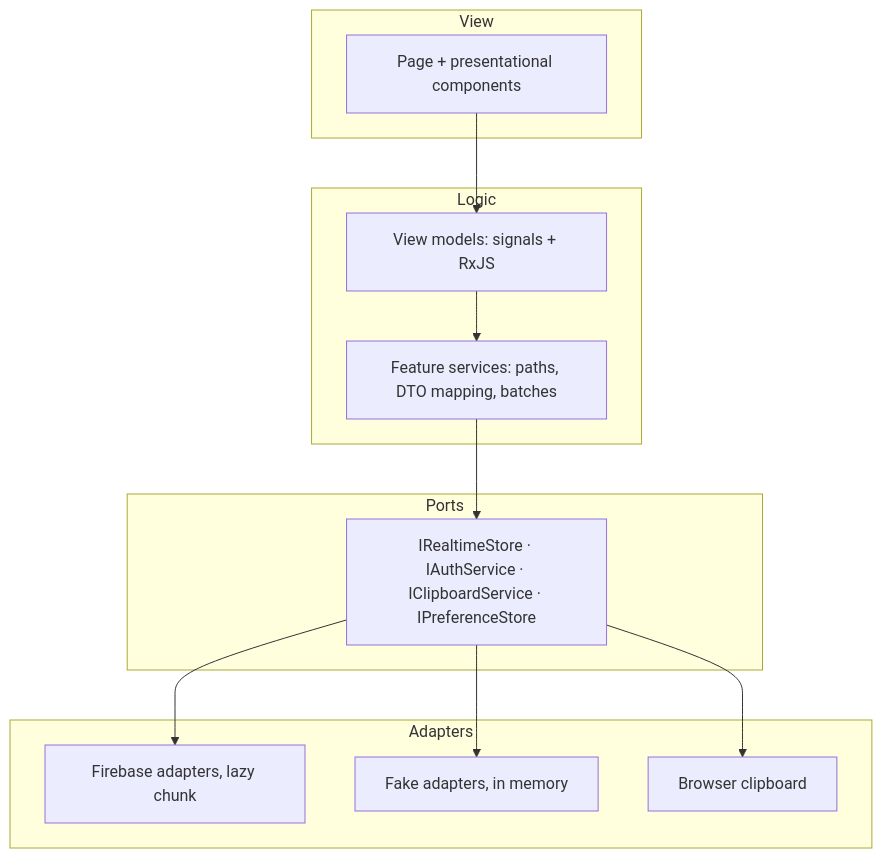
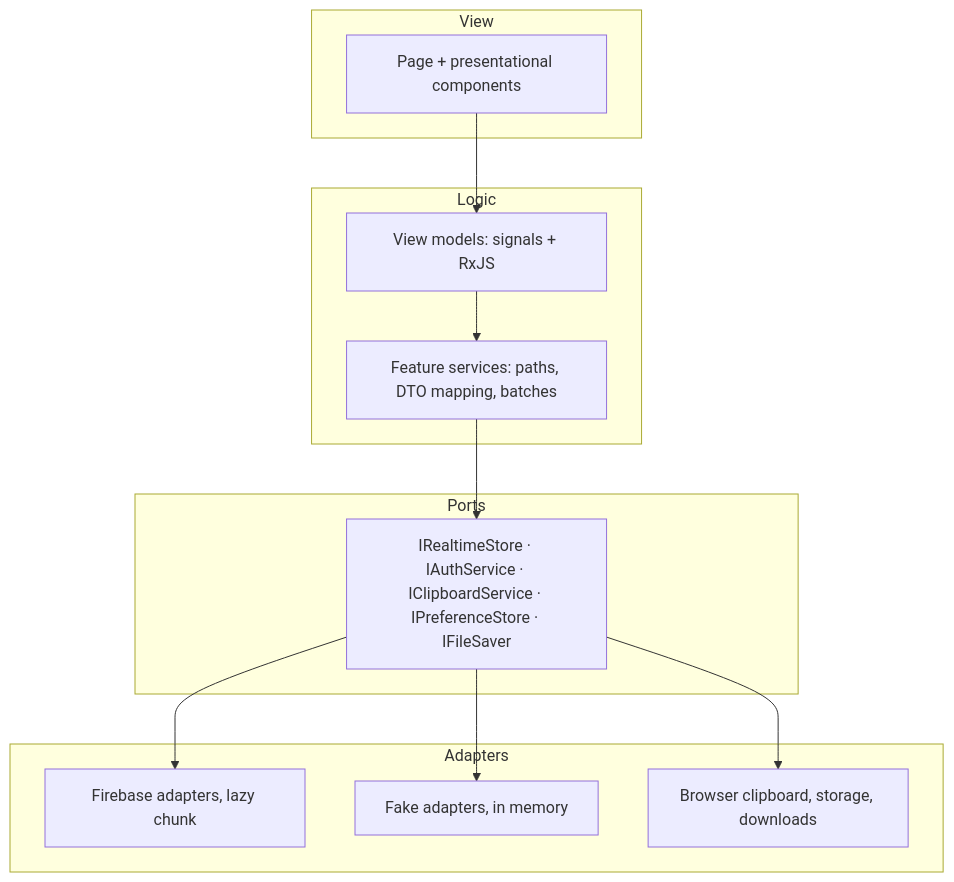
One commit to RaviAkhouri30/PlanningPoker changed the second of 2 diagrams in docs/architecture/overview.md. Above: the diagram before and after it, drawn with Mermaid. The commit also changed other lines of this file and 47 other files, not shown here.

````diff
--- a/docs/architecture/overview.md
+++ b/docs/architecture/overview.md
@@ -23,22 +23,22 @@
 ```mermaid
 flowchart TB
   subgraph View
     C[Page + presentational components]
   end
   subgraph Logic
     VM[View models: signals + RxJS]
     S[Feature services: paths, DTO mapping, batches]
   end
   subgraph Ports
-    P[IRealtimeStore · IAuthService · IClipboardService · IPreferenceStore]
+    P[IRealtimeStore · IAuthService · IClipboardService · IPreferenceStore · IFileSaver]
   end
   subgraph Adapters
     F[Firebase adapters, lazy chunk]
     K[Fake adapters, in memory]
-    B[Browser clipboard]
+    B[Browser clipboard, storage, downloads]
   end
   C --> VM --> S --> P
   P --> F
   P --> K
   P --> B
 ```
````
